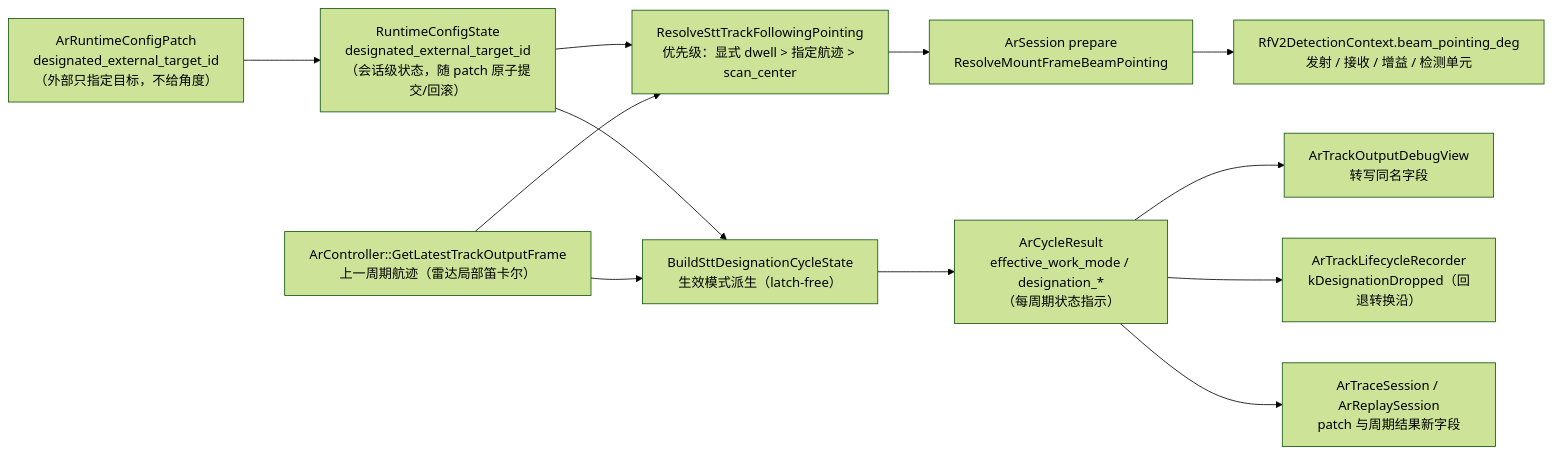
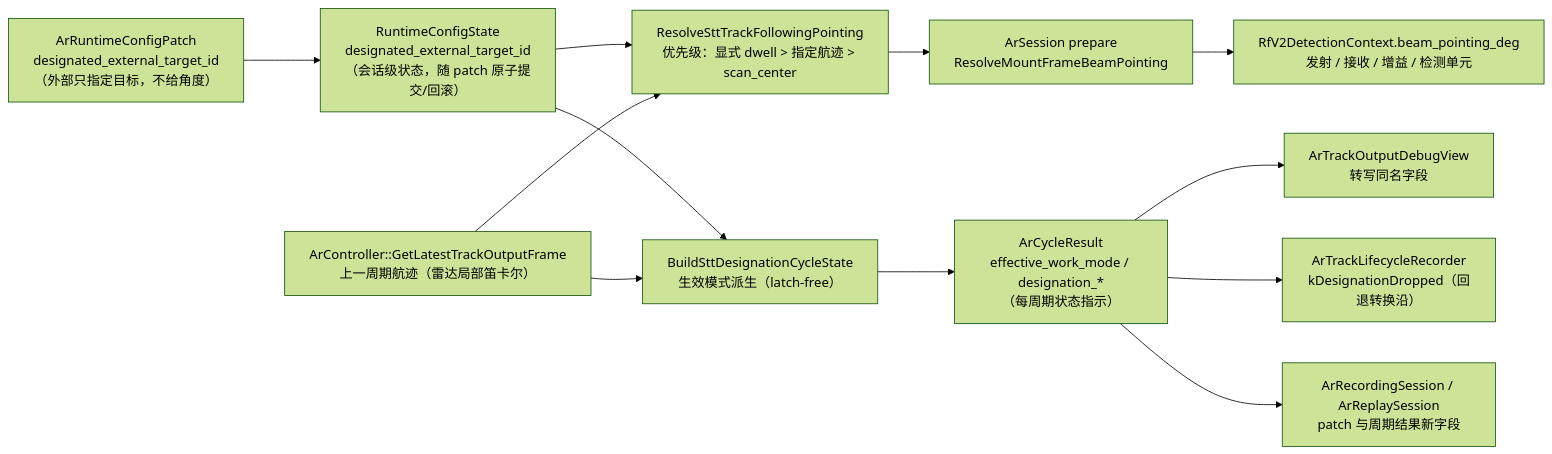
Before and after one commit to boilwater-3/1q: the fifth of 6 diagrams in docs/airborne_radar/data-flow.md, drawn with Mermaid (forest theme). The commit also changed other lines of this file and 100 other files, not shown here.

````diff
--- a/docs/airborne_radar/data-flow.md
+++ b/docs/airborne_radar/data-flow.md
@@ -275,26 +275,26 @@
 ```mermaid
 flowchart LR
   Patch["ArRuntimeConfigPatch\ndesignated_external_target_id\n（外部只指定目标，不给角度）"]
   State["RuntimeConfigState\ndesignated_external_target_id\n（会话级状态，随 patch 原子提交/回滚）"]
   Tracks["ArController::GetLatestTrackOutputFrame\n上一周期航迹（雷达局部笛卡尔）"]
   Resolve["ResolveSttTrackFollowingPointing\n优先级：显式 dwell > 指定航迹 > scan_center"]
   Prepare["ArSession prepare\nResolveMountFrameBeamPointing"]
   Rf["RfV2DetectionContext.beam_pointing_deg\n发射 / 接收 / 增益 / 检测单元"]
   Derive["BuildSttDesignationCycleState\n生效模式派生（latch-free）"]
   Result["ArCycleResult\neffective_work_mode / designation_*\n（每周期状态指示）"]
   View["ArTrackOutputDebugView\n转写同名字段"]
   Recorder["ArTrackLifecycleRecorder\nkDesignationDropped（回退转换沿）"]
-  Replay["ArTraceSession / ArReplaySession\npatch 与周期结果新字段"]
+  Replay["ArRecordingSession / ArReplaySession\npatch 与周期结果新字段"]
 
   Patch --> State
   State --> Resolve
   Tracks --> Resolve
   Resolve --> Prepare
   Prepare --> Rf
   State --> Derive
   Tracks --> Derive
   Derive --> Result
   Result --> View
   Result --> Recorder
   Result --> Replay
 ```
````
